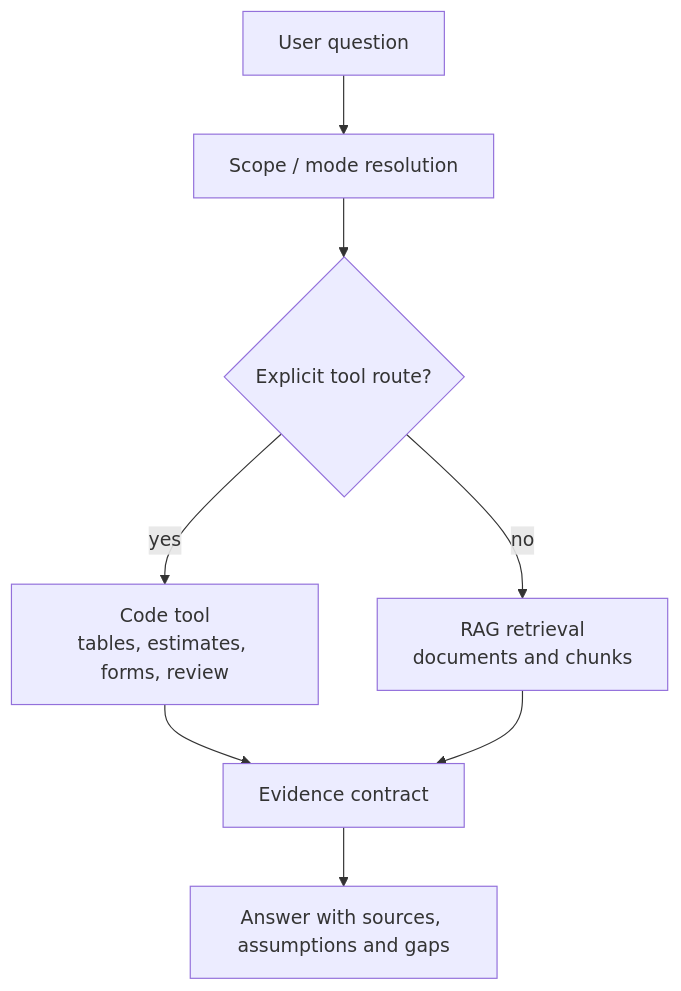
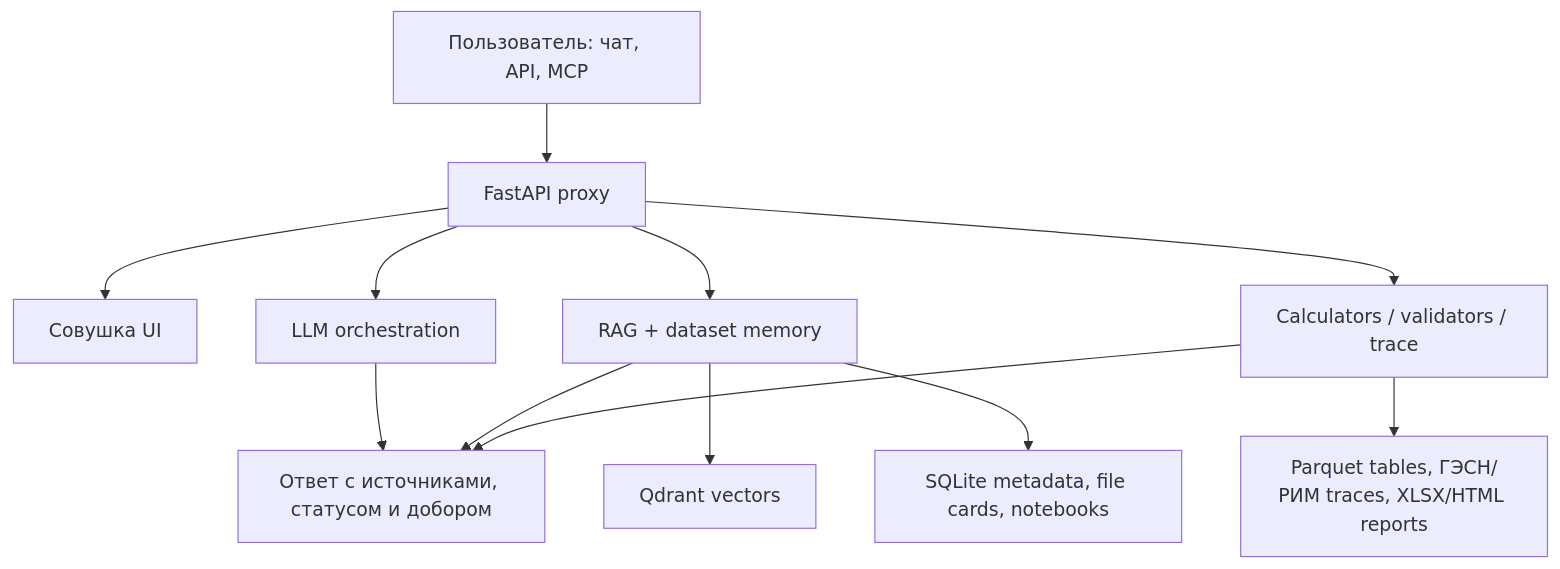
One commit to proovcme/les_rag_public changed the diagram in README.md. Above: the diagram before and after it, drawn with Mermaid. The commit also changed other lines of this file, not shown here.

````diff
--- a/README.md
+++ b/README.md
@@ -52,10 +44,14 @@
 ```mermaid
-flowchart TD
-    Q["User question"] --> S["Scope / mode resolution"]
-    S --> T{"Explicit tool route?"}
-    T -->|yes| C["Code tool<br/>tables, estimates, forms, review"]
-    T -->|no| R["RAG retrieval<br/>documents and chunks"]
-    C --> E["Evidence contract"]
-    R --> E
-    E --> A["Answer with sources, assumptions and gaps"]
+flowchart TB
+    U["Пользователь: чат, API, MCP"] --> P["FastAPI proxy"]
+    P --> S["Совушка UI"]
+    P --> M["LLM orchestration"]
+    P --> R["RAG + dataset memory"]
+    P --> C["Calculators / validators / trace"]
+    R --> Q["Qdrant vectors"]
+    R --> DB["SQLite metadata, file cards, notebooks"]
+    C --> T["Parquet tables, ГЭСН/РИМ traces, XLSX/HTML reports"]
+    M --> A["Ответ с источниками, статусом и добором"]
+    R --> A
+    C --> A
 ```
````
